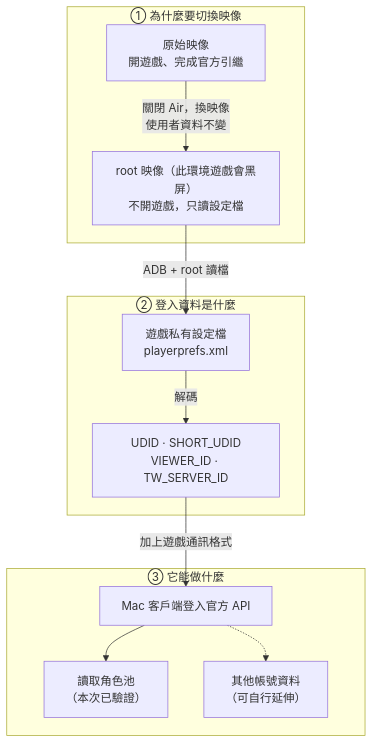
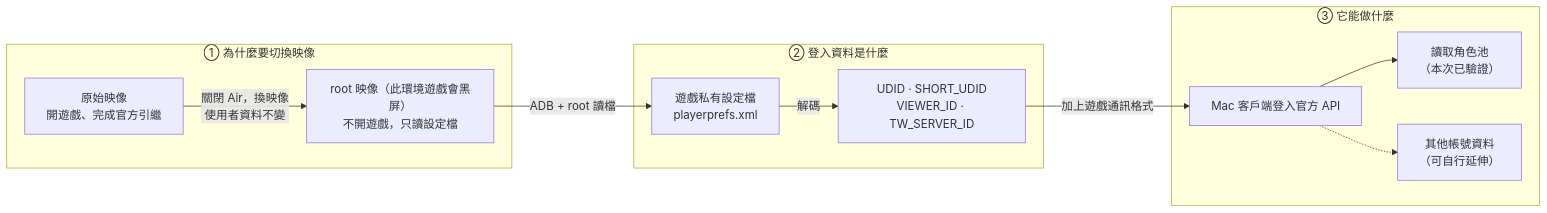
Before and after one commit to WilliamCHIU-ETH/pcr-tw-mac-login: the diagram in README.md, drawn with Mermaid.

Commit message:
docs: lay out mechanism diagram horizontally
The vertical layout took too much vertical space on the GitHub page.

````diff
--- a/README.md
+++ b/README.md
@@ -28,22 +28,22 @@
 ```mermaid
-flowchart TB
+flowchart LR
     subgraph S1["① 為什麼要切換映像"]
         A["原始映像<br/>開遊戲、完成官方引繼"]
         B["root 映像（此環境遊戲會黑屏）<br/>不開遊戲，只讀設定檔"]
         A -->|"關閉 Air，換映像<br/>使用者資料不變"| B
     end
     subgraph S2["② 登入資料是什麼"]
         C["遊戲私有設定檔<br/>playerprefs.xml"]
         D["UDID · SHORT_UDID<br/>VIEWER_ID · TW_SERVER_ID"]
         C -->|"解碼"| D
     end
     subgraph S3["③ 它能做什麼"]
         E["Mac 客戶端登入官方 API"]
         F["讀取角色池<br/>（本次已驗證）"]
         G["其他帳號資料<br/>（可自行延伸）"]
         E --> F
         E -.-> G
     end
     B -->|"ADB + root 讀檔"| C
     D -->|"加上遊戲通訊格式"| E
 ```
````
